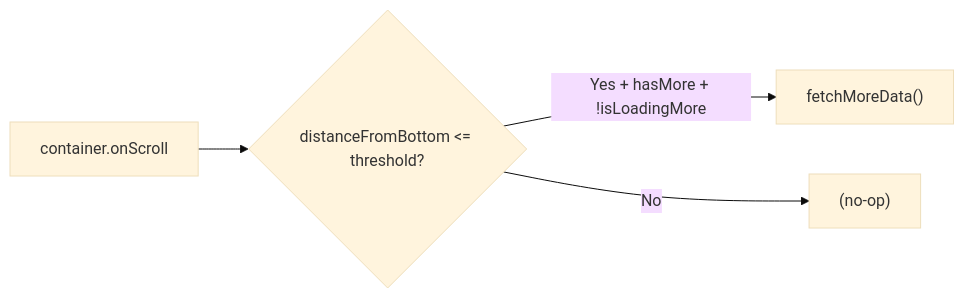
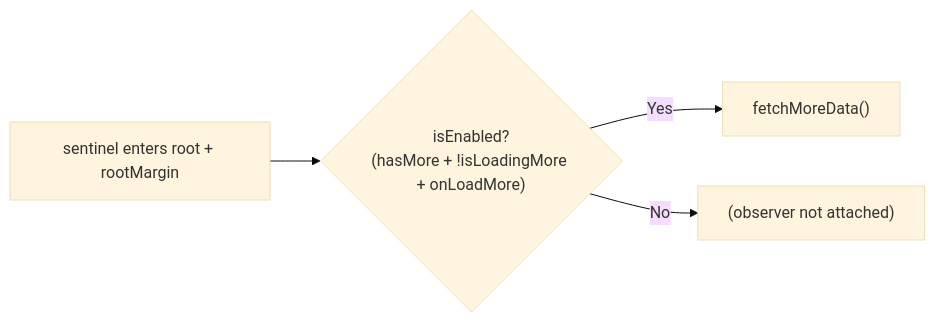
The second of 3 diagrams in apps/react-router/src/components/Table/hooks/ARCHITECTURE.md (luciocabrera/lcabrera-stack), drawn with Mermaid (base theme) before and after one commit. The commit also changed other lines of this file and 17 other files, not shown here.

````diff
--- a/apps/react-router/src/components/Table/hooks/ARCHITECTURE.md
+++ b/apps/react-router/src/components/Table/hooks/ARCHITECTURE.md
@@ -42,6 +46,6 @@
 ```mermaid
 graph LR
-  Scroll["container.onScroll"] --> Check{"distanceFromBottom <= threshold?"}
-  Check -->|"Yes + hasMore + !isLoadingMore"| Fetch["fetchMoreData()"]
-  Check -->|No| Noop["(no-op)"]
+  Sentinel["sentinel enters root + rootMargin"] --> Check{"isEnabled?<br/>(hasMore + !isLoadingMore + onLoadMore)"}
+  Check -->|Yes| Fetch["fetchMoreData()"]
+  Check -->|No| Noop["(observer not attached)"]
 ```
````
